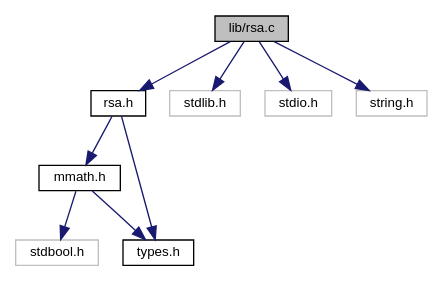
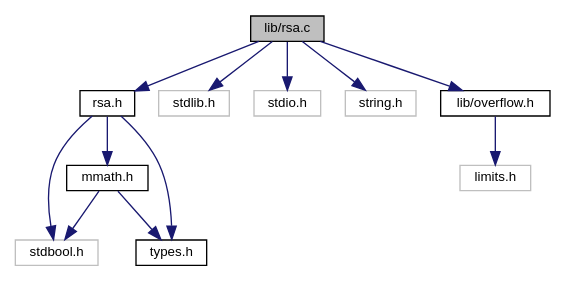
Before and after one commit to Angramme/toychain: the diagram in docs/lib_2rsa_8c__incl.dot, drawn with Graphviz. The commit also changed 17 other files, not shown here.

```diff
--- a/docs/lib_2rsa_8c__incl.dot
+++ b/docs/lib_2rsa_8c__incl.dot
@@ -1,22 +1,27 @@
 digraph "lib/rsa.c"
 {
  // LATEX_PDF_SIZE
   edge [fontname="Helvetica",fontsize="10",labelfontname="Helvetica",labelfontsize="10"];
   node [fontname="Helvetica",fontsize="10",shape=record];
   Node1 [label="lib/rsa.c",height=0.2,width=0.4,color="black", fillcolor="grey75", style="filled", fontcolor="black",tooltip="a collection of RSA related functions"];
   Node1 -> Node2 [color="midnightblue",fontsize="10",style="solid",fontname="Helvetica"];
   Node2 [label="rsa.h",height=0.2,width=0.4,color="black", fillcolor="white", style="filled",URL="$rsa_8h_source.html",tooltip=" "];
   Node2 -> Node3 [color="midnightblue",fontsize="10",style="solid",fontname="Helvetica"];
   Node3 [label="mmath.h",height=0.2,width=0.4,color="black", fillcolor="white", style="filled",URL="$mmath_8h_source.html",tooltip=" "];
   Node3 -> Node4 [color="midnightblue",fontsize="10",style="solid",fontname="Helvetica"];
   Node4 [label="stdbool.h",height=0.2,width=0.4,color="grey75", fillcolor="white", style="filled",tooltip=" "];
   Node3 -> Node5 [color="midnightblue",fontsize="10",style="solid",fontname="Helvetica"];
   Node5 [label="types.h",height=0.2,width=0.4,color="black", fillcolor="white", style="filled",URL="$types_8h_source.html",tooltip=" "];
   Node2 -> Node5 [color="midnightblue",fontsize="10",style="solid",fontname="Helvetica"];
+  Node2 -> Node4 [color="midnightblue",fontsize="10",style="solid",fontname="Helvetica"];
   Node1 -> Node6 [color="midnightblue",fontsize="10",style="solid",fontname="Helvetica"];
   Node6 [label="stdlib.h",height=0.2,width=0.4,color="grey75", fillcolor="white", style="filled",tooltip=" "];
   Node1 -> Node7 [color="midnightblue",fontsize="10",style="solid",fontname="Helvetica"];
   Node7 [label="stdio.h",height=0.2,width=0.4,color="grey75", fillcolor="white", style="filled",tooltip=" "];
   Node1 -> Node8 [color="midnightblue",fontsize="10",style="solid",fontname="Helvetica"];
   Node8 [label="string.h",height=0.2,width=0.4,color="grey75", fillcolor="white", style="filled",tooltip=" "];
+  Node1 -> Node9 [color="midnightblue",fontsize="10",style="solid",fontname="Helvetica"];
+  Node9 [label="lib/overflow.h",height=0.2,width=0.4,color="black", fillcolor="white", style="filled",URL="$overflow_8h_source.html",tooltip=" "];
+  Node9 -> Node10 [color="midnightblue",fontsize="10",style="solid",fontname="Helvetica"];
+  Node10 [label="limits.h",height=0.2,width=0.4,color="grey75", fillcolor="white", style="filled",tooltip=" "];
 }
```
